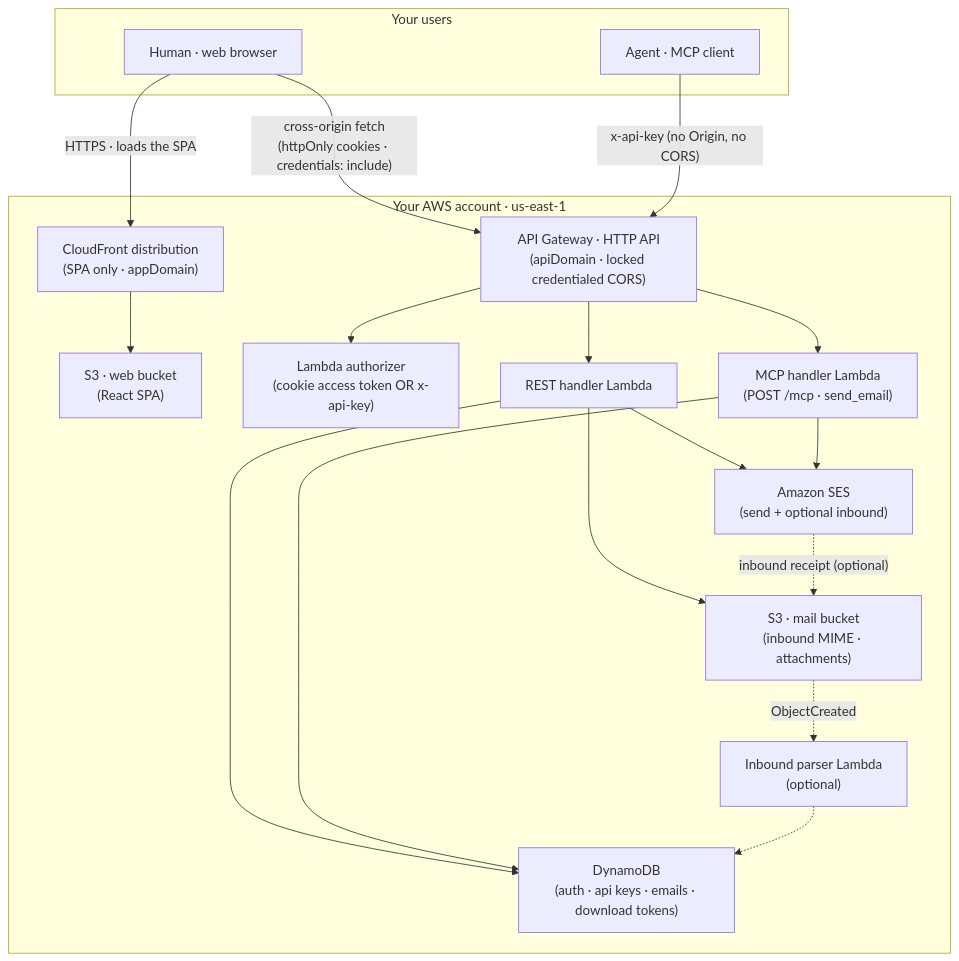
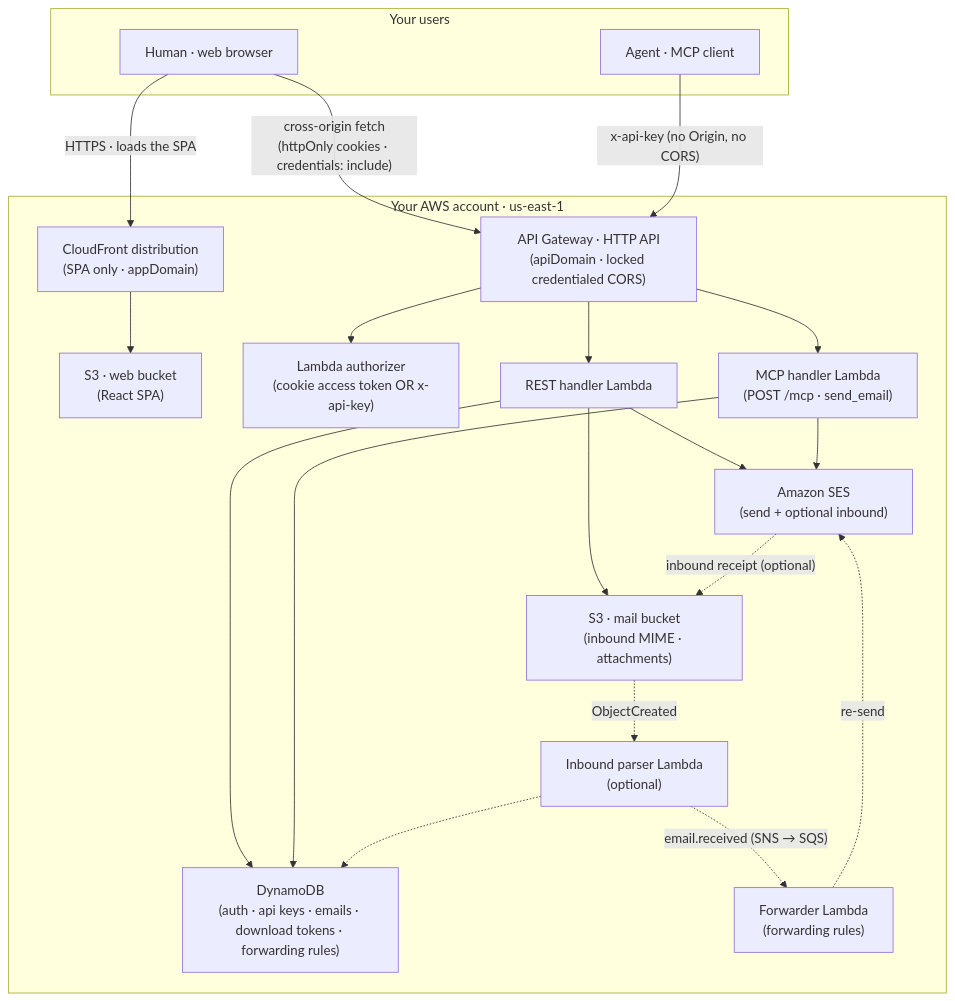
One commit to Nan0416/FreeMail changed the diagram in README.md. Above: the diagram before and after it, drawn with Mermaid. The commit also changed other lines of this file and 64 other files, not shown here.

First line of the commit message:
feat: forwarding — rules edited in the web app re-send matching received mail (#88)

````diff
--- a/README.md
+++ b/README.md
@@ -15,38 +15,41 @@
 ```mermaid
 flowchart TB
     subgraph User["Your users"]
         Browser["Human · web browser"]
         Agent["Agent · MCP client"]
     end
 
     subgraph AWS["Your AWS account · us-east-1"]
         CF["CloudFront distribution<br/>(SPA only · appDomain)"]
         S3web["S3 · web bucket<br/>(React SPA)"]
         API["API Gateway · HTTP API<br/>(apiDomain · locked credentialed CORS)"]
         Authz["Lambda authorizer<br/>(cookie access token OR x-api-key)"]
         Rest["REST handler Lambda"]
         Mcp["MCP handler Lambda<br/>(POST /mcp · send_email)"]
         SES["Amazon SES<br/>(send + optional inbound)"]
-        DDB["DynamoDB<br/>(auth · api keys · emails · download tokens)"]
+        DDB["DynamoDB<br/>(auth · api keys · emails · download tokens · forwarding rules)"]
         S3mail["S3 · mail bucket<br/>(inbound MIME · attachments)"]
         Parse["Inbound parser Lambda<br/>(optional)"]
+        Fwd["Forwarder Lambda<br/>(forwarding rules)"]
     end
 
     Browser -->|"HTTPS · loads the SPA"| CF
     CF --> S3web
     Browser -->|"cross-origin fetch<br/>(httpOnly cookies · credentials: include)"| API
     Agent -->|"x-api-key (no Origin, no CORS)"| API
 
     API --> Authz
     API --> Rest
     API --> Mcp
     Rest --> SES
     Rest --> DDB
     Rest --> S3mail
     Mcp --> SES
     Mcp --> DDB
 
     SES -.->|"inbound receipt (optional)"| S3mail
     S3mail -.->|"ObjectCreated"| Parse
     Parse -.-> DDB
+    Parse -.->|"email.received (SNS → SQS)"| Fwd
+    Fwd -.->|"re-send"| SES
 ```
````
